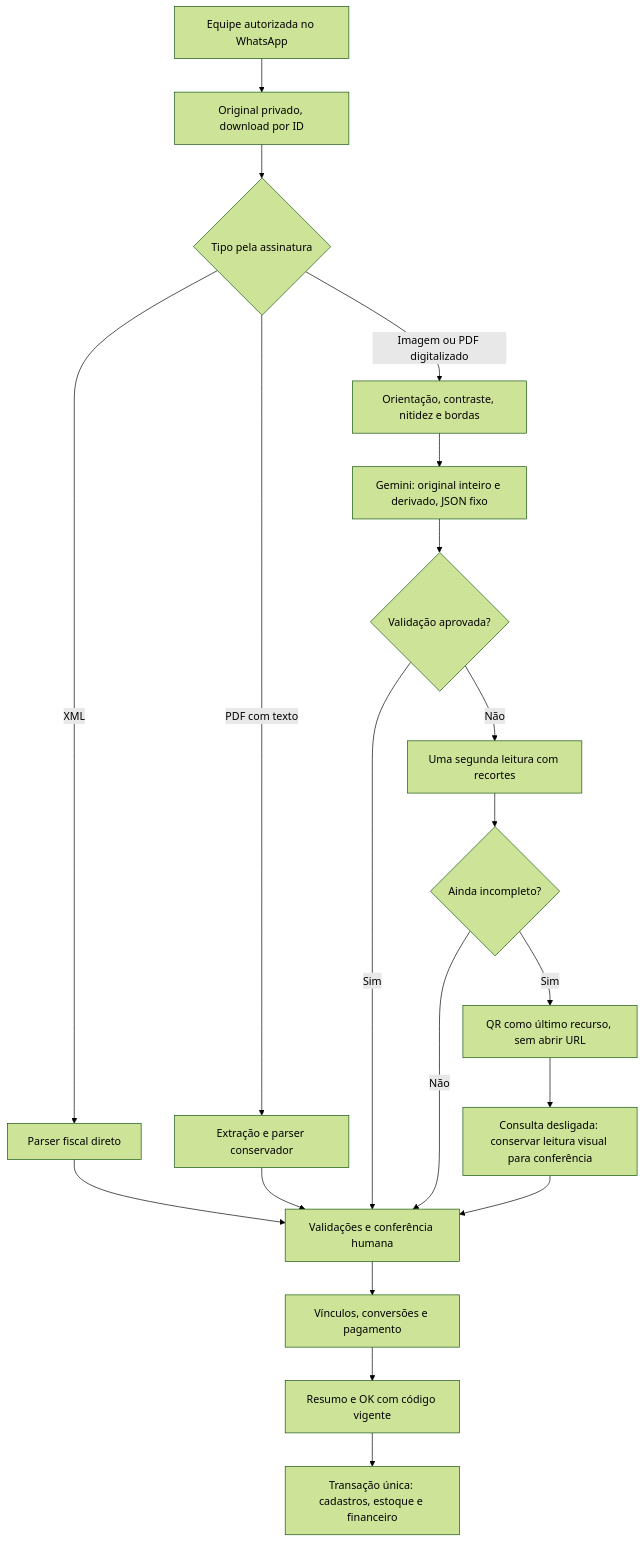
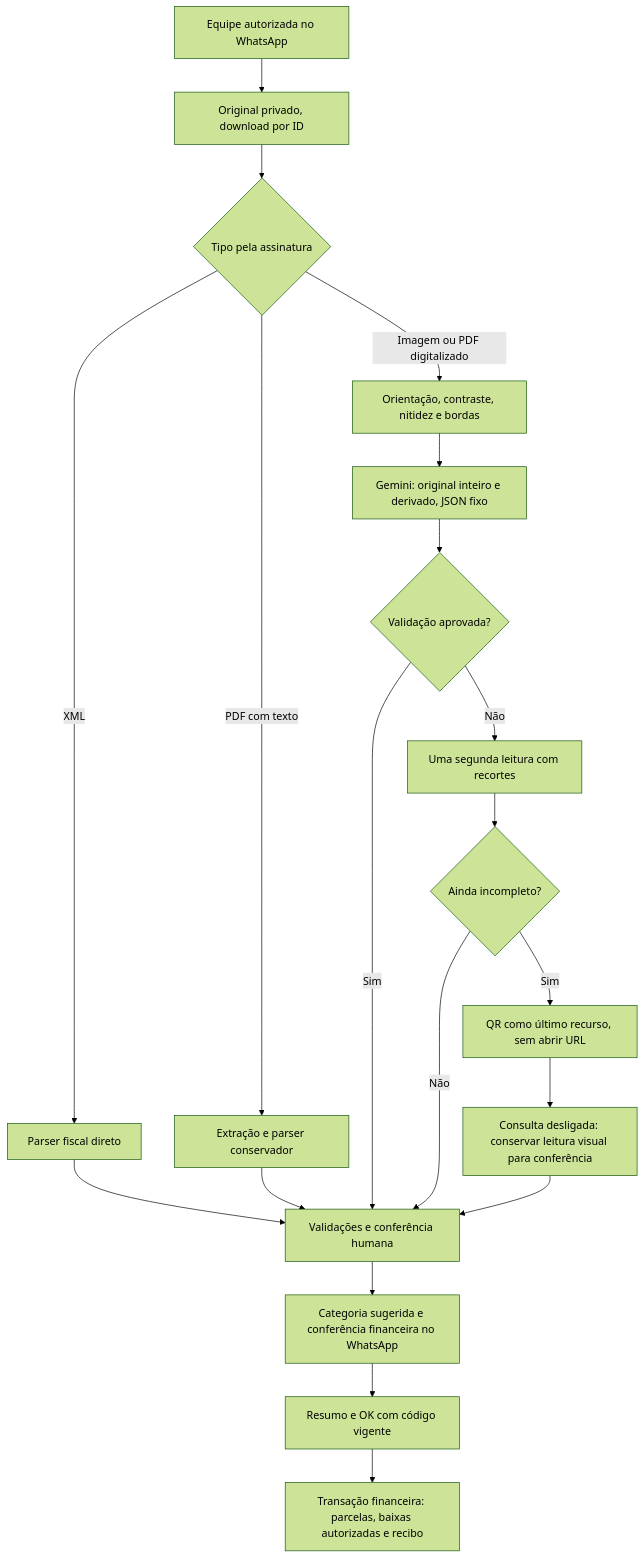
Before and after one commit to pablocdds-tech/tetteo: the diagram in docs/notas-fiscais-leitura.md, drawn with Mermaid (forest theme). The commit also changed other lines of this file and 16 other files, not shown here.

Commit message:
feat(notas): sugerir categoria com Gemini e lançar financeiro pelo WhatsApp

````diff
--- a/docs/notas-fiscais-leitura.md
+++ b/docs/notas-fiscais-leitura.md
@@ -111,22 +146,22 @@
 ```mermaid
 flowchart TD
   A[Equipe autorizada no WhatsApp] --> B[Original privado, download por ID]
   B --> C{Tipo pela assinatura}
   C -->|XML| D[Parser fiscal direto]
   C -->|PDF com texto| E[Extração e parser conservador]
   C -->|Imagem ou PDF digitalizado| F[Orientação, contraste, nitidez e bordas]
   F --> I[Gemini: original inteiro e derivado, JSON fixo]
   I --> J{Validação aprovada?}
   J -->|Não| K[Uma segunda leitura com recortes]
   D --> L[Validações e conferência humana]
   E --> L
   J -->|Sim| L
   K --> G{Ainda incompleto?}
   G -->|Não| L
   G -->|Sim| H[QR como último recurso, sem abrir URL]
   H --> P[Consulta desligada: conservar leitura visual para conferência]
   P --> L
-  L --> M[Vínculos, conversões e pagamento]
+  L --> M[Categoria sugerida e conferência financeira no WhatsApp]
   M --> N[Resumo e OK com código vigente]
-  N --> O[Transação única: cadastros, estoque e financeiro]
+  N --> O[Transação financeira: parcelas, baixas autorizadas e recibo]
 ```
````
